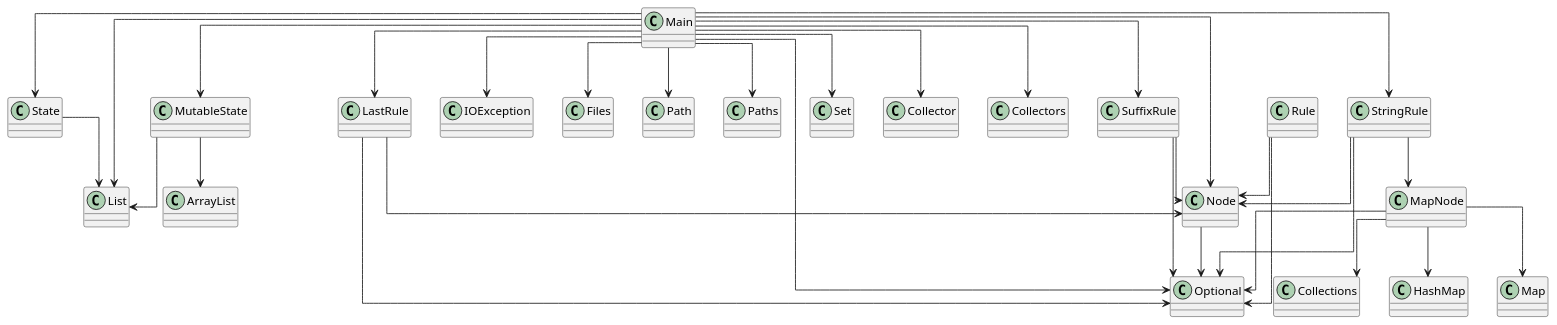
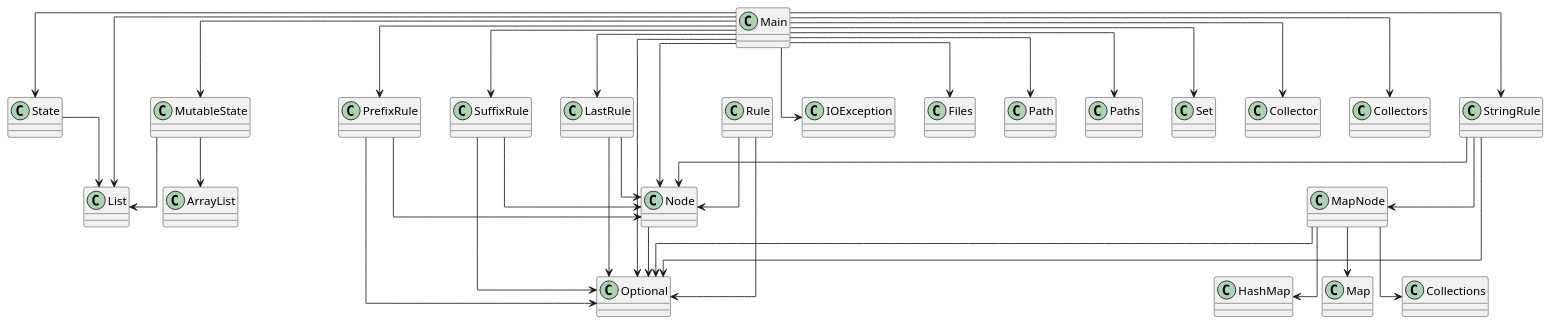
Before and after one commit to SirMathhman/Magma: the diagram in diagram.puml, drawn with PlantUML. The commit also changed 2 other files, not shown here.

Commit message:
PrefixRule

```diff
--- a/diagram.puml
+++ b/diagram.puml
@@ -1,45 +1,49 @@
 @startuml
 skinparam linetype ortho
 class MutableState
 MutableState --> ArrayList
 MutableState --> List
 class Node
 Node --> Optional
 class Rule
 Rule --> Node
 Rule --> Optional
 class Main
 Main --> LastRule
 Main --> MutableState
+Main --> PrefixRule
 Main --> State
 Main --> StringRule
 Main --> SuffixRule
 Main --> Node
 Main --> IOException
 Main --> Files
 Main --> Path
 Main --> Paths
 Main --> List
 Main --> Optional
 Main --> Set
 Main --> Collector
 Main --> Collectors
 class MapNode
 MapNode --> Collections
 MapNode --> HashMap
 MapNode --> Map
 MapNode --> Optional
 class StringRule
 StringRule --> MapNode
 StringRule --> Node
 StringRule --> Optional
 class LastRule
 LastRule --> Node
 LastRule --> Optional
+class PrefixRule
+PrefixRule --> Node
+PrefixRule --> Optional
 class SuffixRule
 SuffixRule --> Node
 SuffixRule --> Optional
 class State
 State --> List
 
 @enduml
```
